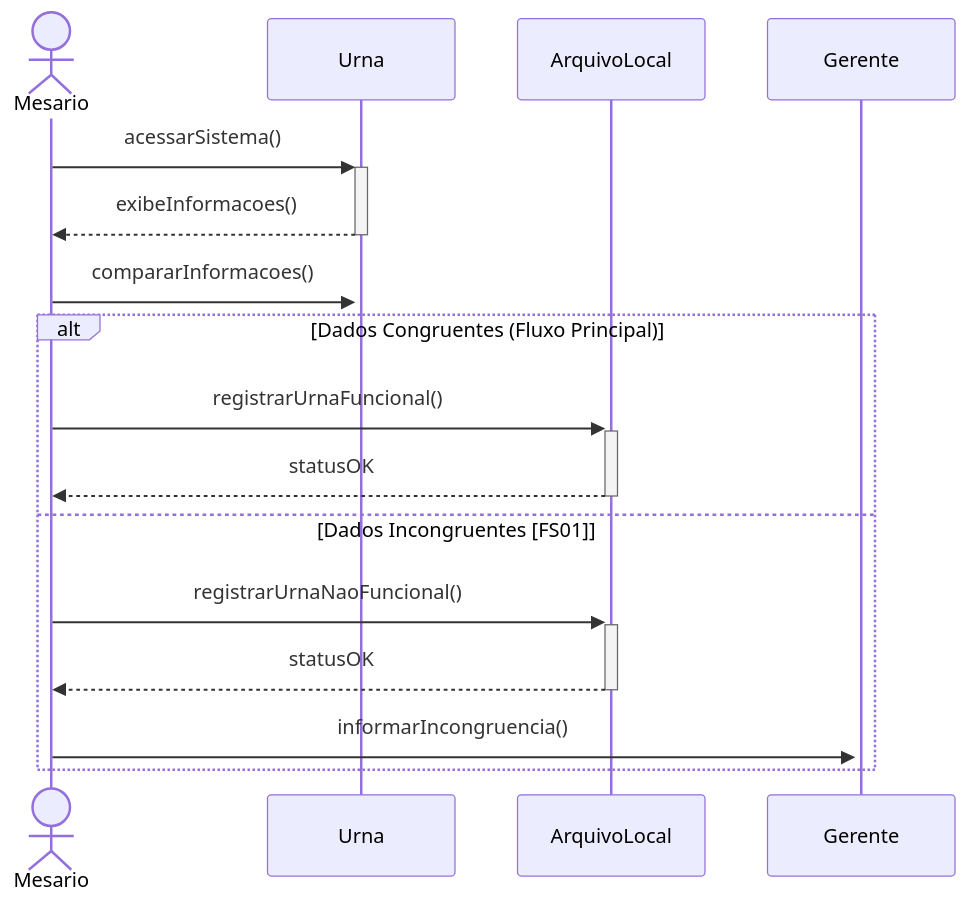
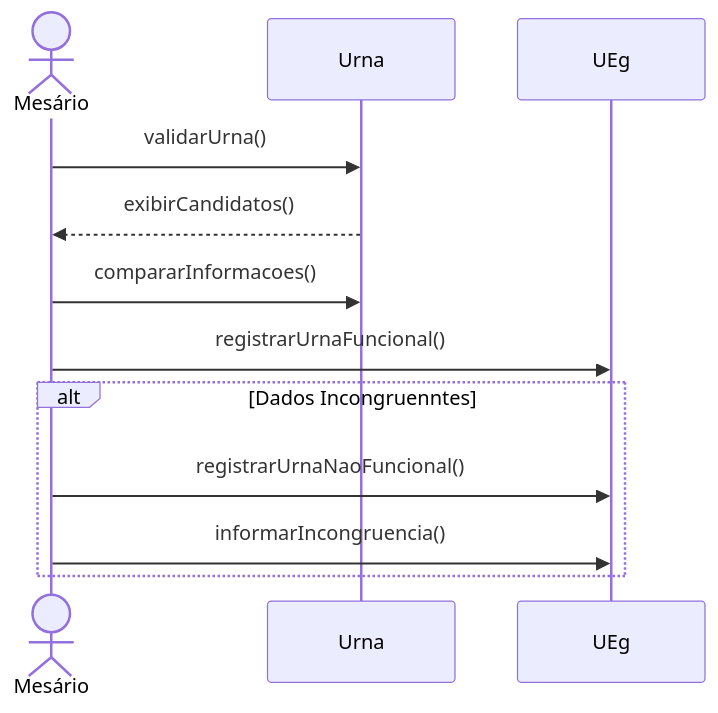
Before and after one commit to CittaSebas/UrnaEletronica: the third of 6 diagrams in README.md, drawn with Mermaid. The commit also changed other lines of this file, not shown here.

Commit message:
Atualizei o diagrama de classes e os de sequência, bem como o UC_06 e o UC_04

````diff
--- a/README.md
+++ b/README.md
@@ -144,20 +126,15 @@
 ```mermaid
 sequenceDiagram
-    actor Mesario
+    actor Mesário
     participant Urna
-    participant ArquivoLocal
 
-    Mesario->>+Urna: acessarSistema()
-    Urna-->>-Mesario: exibeInformacoes()
-
-    Mesario->>+Urna: compararInformacoes()
-    alt Dados Congruentes (Fluxo Principal)
-        Mesario->>+ArquivoLocal: registrarUrnaFuncional()
-        ArquivoLocal-->>-Mesario: statusOK
-    else Dados Incongruentes [FS01]
-        Mesario->>+ArquivoLocal: registrarUrnaNaoFuncional()
-        ArquivoLocal-->>-Mesario: statusOK
-        Mesario->>+Gerente: informarIncongruencia()
+    Mesário->>Urna: validarUrna()
+    Urna-->>Mesário: exibirCandidatos()
+    Mesário->>Urna: compararInformacoes()
+    Mesário->>UEg: registrarUrnaFuncional()
+    alt Dados Incongruenntes
+        Mesário->>UEg: registrarUrnaNaoFuncional()
+        Mesário->>UEg: informarIncongruencia()
     end
 
 ```
````
